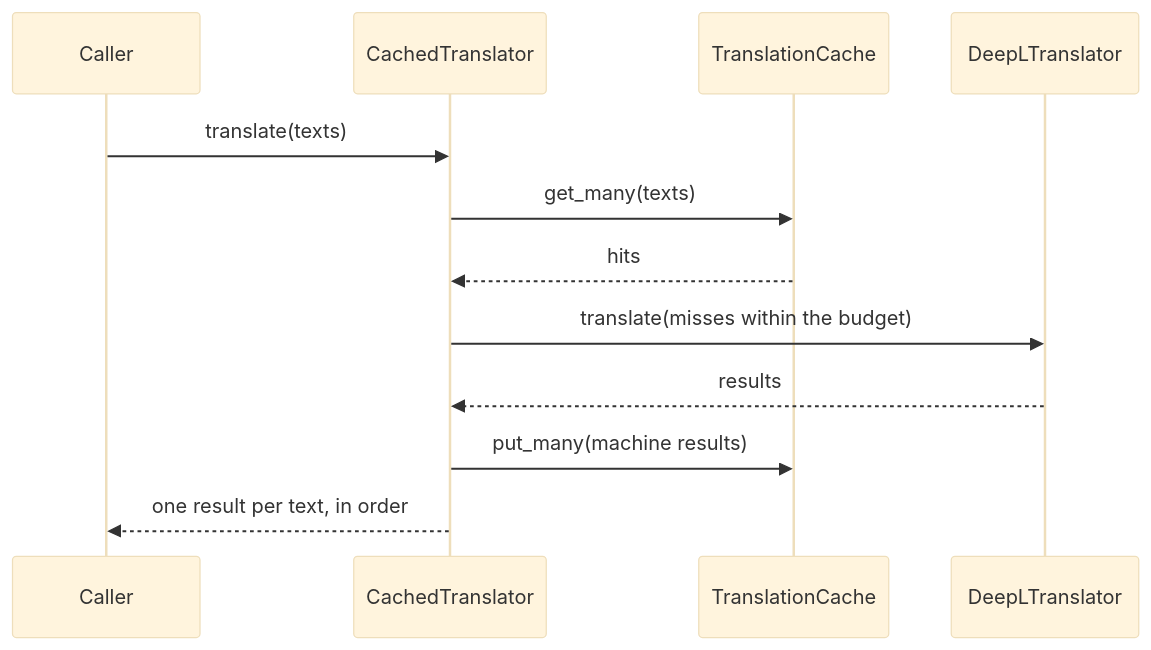
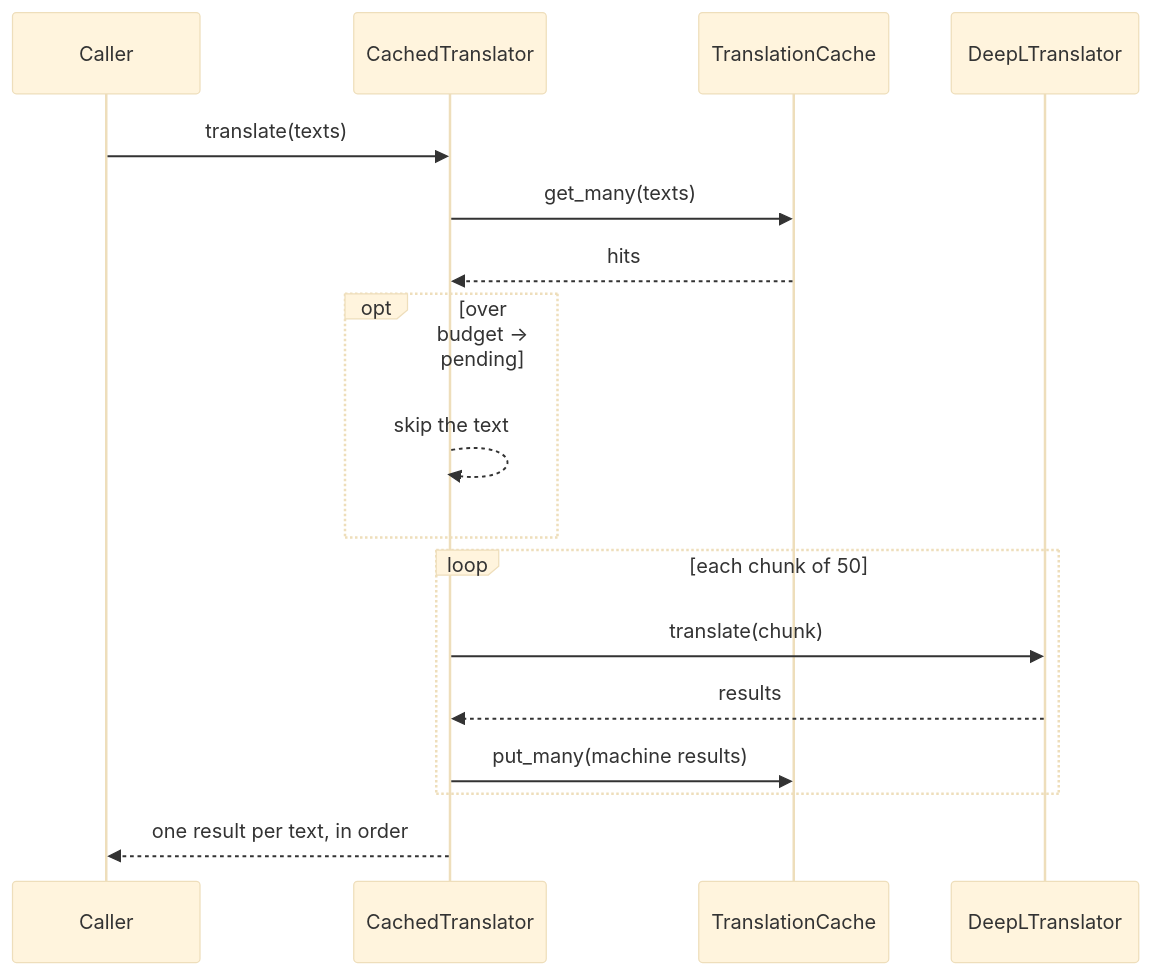
One commit to AleFire99/BS_Database changed the diagram in docs/architecture/translation.md. Above: the diagram before and after it, drawn with Mermaid (base theme). The commit also changed other lines of this file and 2 other files, not shown here.

Commit message:
docs(translate): document oversized texts, cache errors and the chunk loop
Refs #94

````diff
--- a/docs/architecture/translation.md
+++ b/docs/architecture/translation.md
@@ -18,14 +18,19 @@
 ```mermaid
 sequenceDiagram
     participant C as Caller
     participant T as CachedTranslator
     participant K as TranslationCache
     participant D as DeepLTranslator
     C->>T: translate(texts)
     T->>K: get_many(texts)
     K-->>T: hits
-    T->>D: translate(misses within the budget)
-    D-->>T: results
-    T->>K: put_many(machine results)
+    opt over budget -> pending
+        T-->>T: skip the text
+    end
+    loop each chunk of 50
+        T->>D: translate(chunk)
+        D-->>T: results
+        T->>K: put_many(machine results)
+    end
     T-->>C: one result per text, in order
 ```
````
